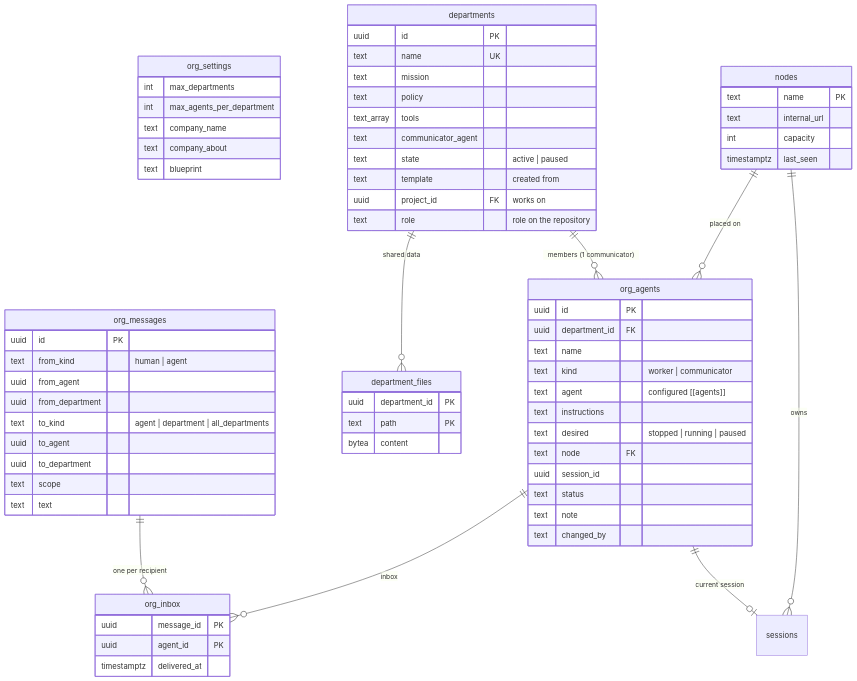
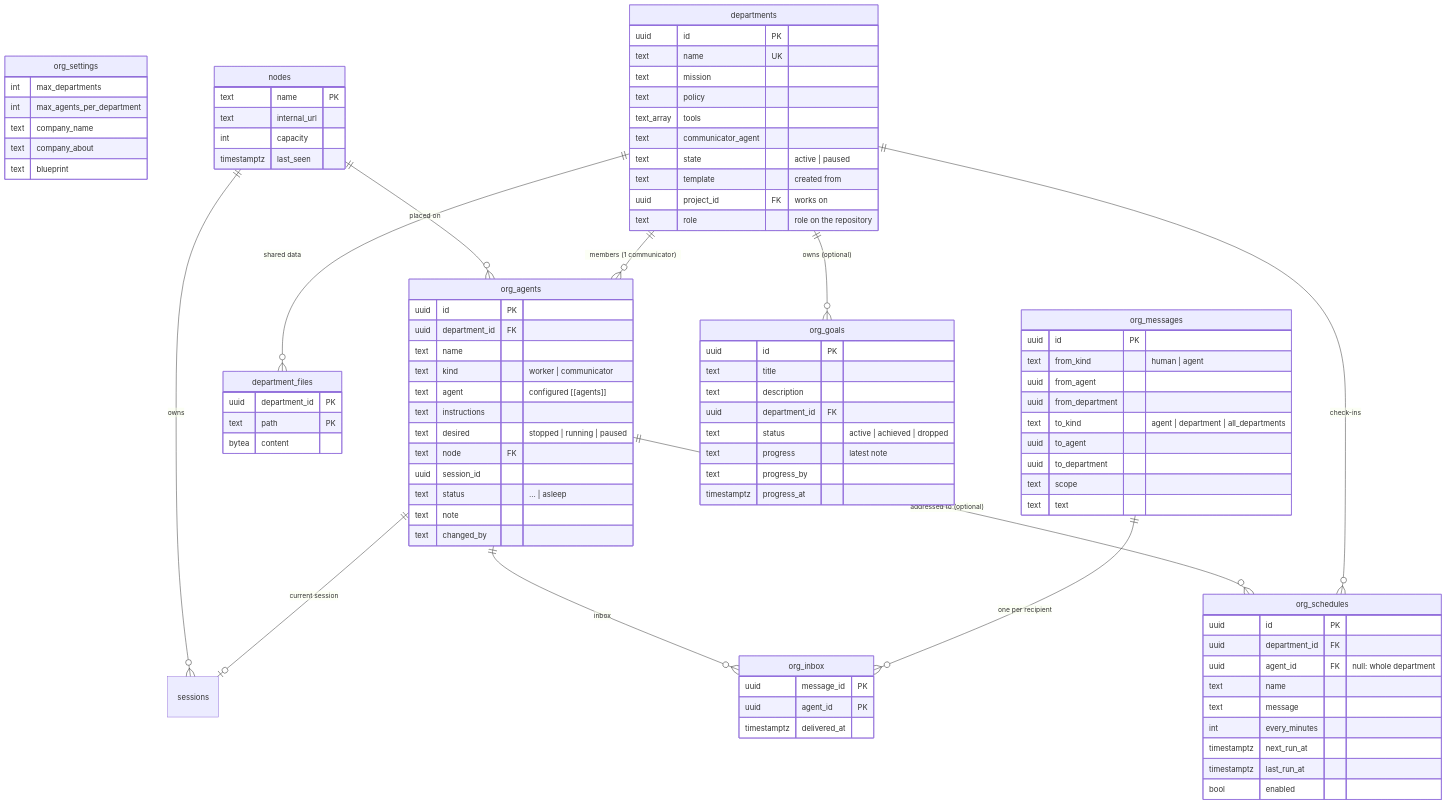
The ninth of 9 diagrams in docs/MULTI_AGENT.md (Jaelse/agentcore), drawn with Mermaid before and after one commit. The commit also changed other lines of this file and 25 other files, not shown here.

First line of the commit message:
Organisation goals, scheduled check-ins and agents that keep going

```diff
--- a/docs/MULTI_AGENT.md
+++ b/docs/MULTI_AGENT.md
@@ -502,6 +555,9 @@
     org_agents ||--o{ org_inbox : "inbox"
     nodes ||--o{ org_agents : "placed on"
     nodes ||--o{ sessions : "owns"
+    departments ||--o{ org_goals : "owns (optional)"
+    departments ||--o{ org_schedules : "check-ins"
+    org_agents ||--o{ org_schedules : "addressed to (optional)"
 
     departments {
         uuid id PK
@@ -525,9 +581,30 @@
         text desired "stopped | running | paused"
         text node FK
         uuid session_id
-        text status
+        text status "... | asleep"
         text note
         text changed_by
+    }
+    org_goals {
+        uuid id PK
+        text title
+        text description
+        uuid department_id FK
+        text status "active | achieved | dropped"
+        text progress "latest note"
+        text progress_by
+        timestamptz progress_at
+    }
+    org_schedules {
+        uuid id PK
+        uuid department_id FK
+        uuid agent_id FK "null: whole department"
+        text name
+        text message
+        int every_minutes
+        timestamptz next_run_at
+        timestamptz last_run_at
+        bool enabled
     }
     org_messages {
         uuid id PK
```
